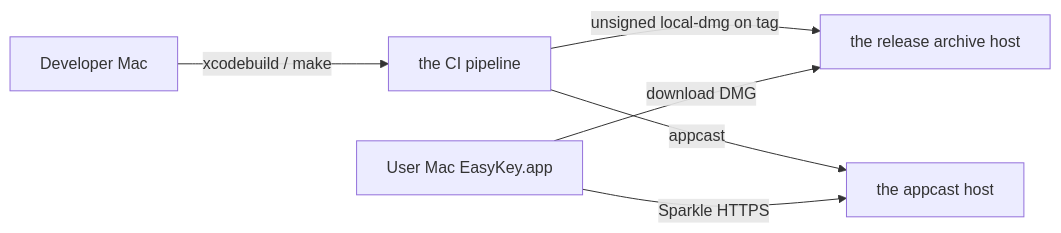
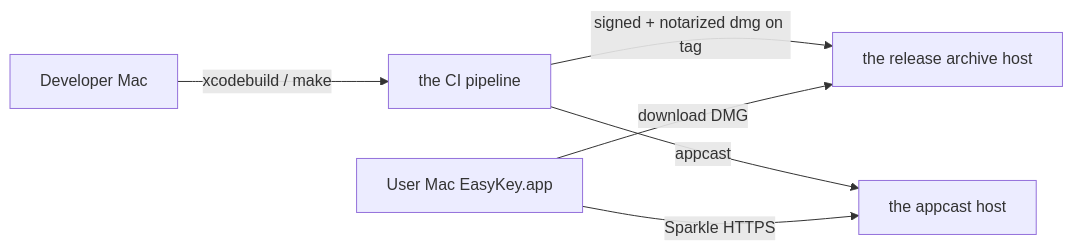
The third of 4 diagrams in docs/architecture.md (jonaskahn/EasyKey), drawn with Mermaid before and after one commit. The commit also changed other lines of this file and 18 other files, not shown here.

````diff
--- a/docs/architecture.md
+++ b/docs/architecture.md
@@ -71,10 +71,10 @@
 ```mermaid
 flowchart LR
   accTitle: Where EasyKey binaries run
   accDescr: Developers and the CI pipeline produce artifacts; the appcast and release archive feed Sparkle on the user's Mac.
   Dev["Developer Mac"] -->|"xcodebuild / make"| CI["the CI pipeline"]
-  CI -->|"unsigned local-dmg on tag"| Rel["the release archive host"]
+  CI -->|"signed + notarized dmg on tag"| Rel["the release archive host"]
   CI -->|"appcast"| Pages["the appcast host"]
   UserMac["User Mac EasyKey.app"] -->|"Sparkle HTTPS"| Pages
   UserMac -->|"download DMG"| Rel
 ```
````
